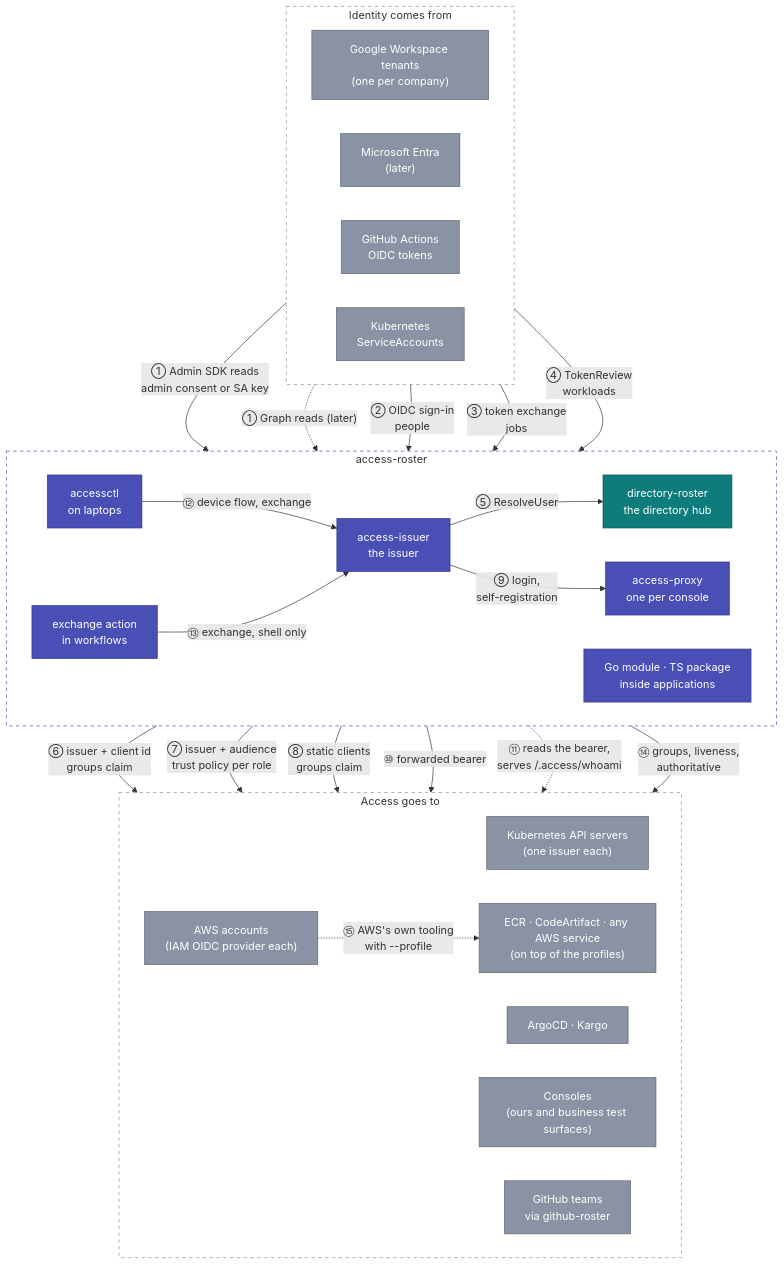
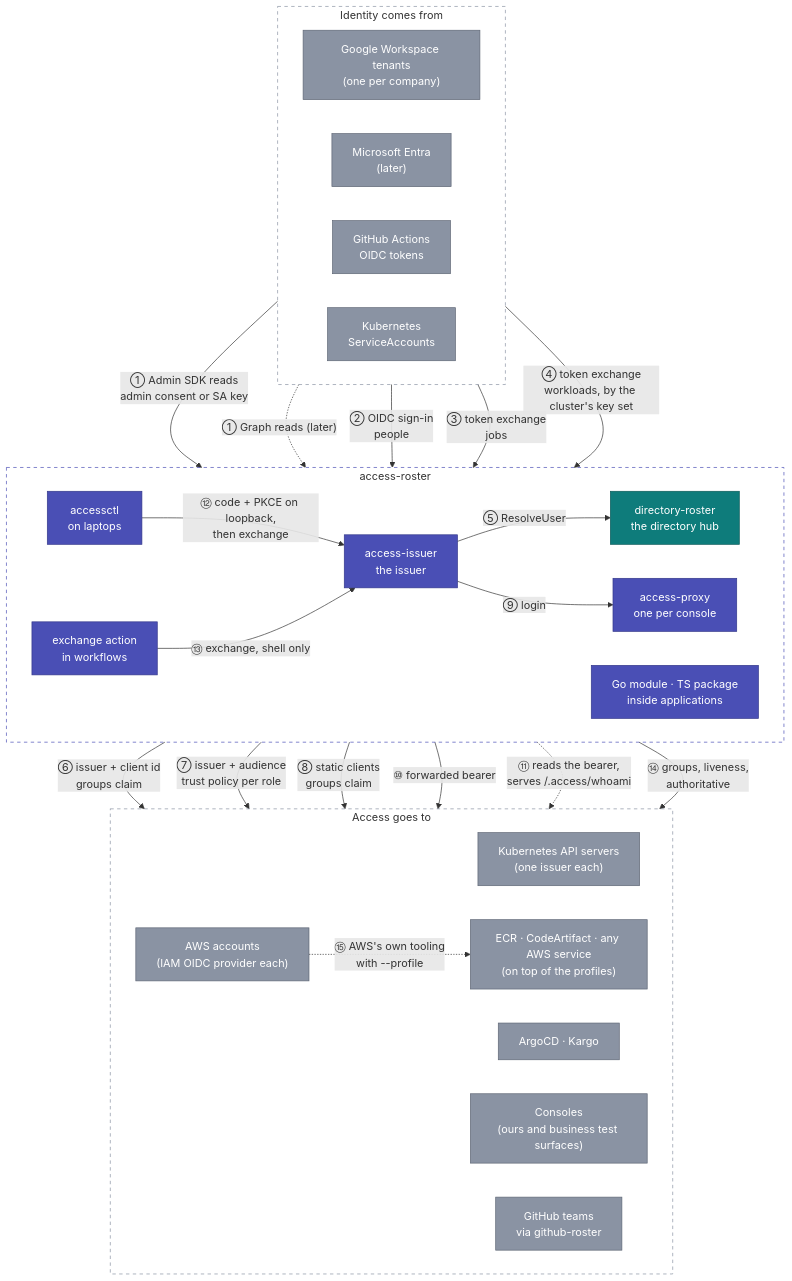
The diagram in docs/integrations.md (truvity/access-roster), drawn with Mermaid before and after one commit. The commit also changed other lines of this file and 11 other files, not shown here.

````diff
--- a/docs/integrations.md
+++ b/docs/integrations.md
@@ -15,54 +15,54 @@
 ```mermaid
 flowchart TB
   subgraph in["Identity comes from"]
     direction LR
     gws["Google Workspace tenants<br/>(one per company)"]:::ext
     entra["Microsoft Entra<br/>(later)"]:::ext
     gh["GitHub Actions<br/>OIDC tokens"]:::ext
     sa["Kubernetes<br/>ServiceAccounts"]:::ext
   end
 
   subgraph ar["access-roster"]
     direction LR
     hub["directory-roster<br/>the directory hub"]:::hub
     iss["access-issuer<br/>the issuer"]:::token
     proxy["access-proxy<br/>one per console"]:::token
     lib["Go module · TS package<br/>inside applications"]:::token
     ctl["accessctl<br/>on laptops"]:::token
     act["exchange action<br/>in workflows"]:::token
   end
 
   subgraph out["Access goes to"]
     direction LR
     eks["Kubernetes API servers<br/>(one issuer each)"]:::ext
     aws["AWS accounts<br/>(IAM OIDC provider each)"]:::ext
     argo["ArgoCD · Kargo"]:::ext
     consoles["Consoles<br/>(ours and business test surfaces)"]:::ext
     ghteams["GitHub teams<br/>via github-roster"]:::ext
     reg["ECR · CodeArtifact · any AWS service<br/>(on top of the profiles)"]:::ext
   end
 
   gws -- "① Admin SDK reads<br/>admin consent or SA key" --> hub
   entra -. "① Graph reads (later)" .-> hub
   gws -- "② OIDC sign-in<br/>people" --> iss
   gh -- "③ token exchange<br/>jobs" --> iss
-  sa -- "④ TokenReview<br/>workloads" --> hub
+  sa -- "④ token exchange<br/>workloads, by the cluster's key set" --> iss
   iss -- "⑤ ResolveUser" --> hub
   iss -- "⑥ issuer + client id<br/>groups claim" --> eks
   iss -- "⑦ issuer + audience<br/>trust policy per role" --> aws
   iss -- "⑧ static clients<br/>groups claim" --> argo
-  iss -- "⑨ login,<br/>self-registration" --> proxy
+  iss -- "⑨ login" --> proxy
   proxy -- "⑩ forwarded bearer" --> consoles
   lib -. "⑪ reads the bearer,<br/>serves /.access/whoami" .-> consoles
-  ctl -- "⑫ device flow, exchange" --> iss
+  ctl -- "⑫ code + PKCE on loopback,<br/>then exchange" --> iss
   act -- "⑬ exchange, shell only" --> iss
   hub -- "⑭ groups, liveness,<br/>authoritative" --> ghteams
   aws -. "⑮ AWS's own tooling<br/>with --profile" .-> reg
 
   classDef ext fill:#8A93A3,stroke:#5E6675,color:#fff
   classDef hub fill:#0E7C7B,stroke:#0A5958,color:#fff
   classDef token fill:#4A4FB5,stroke:#33378A,color:#fff
   style in fill:none,stroke:#8A93A3,stroke-dasharray:5 5
   style out fill:none,stroke:#8A93A3,stroke-dasharray:5 5
   style ar fill:none,stroke:#4A4FB5,stroke-dasharray:5 5
 ```
````
